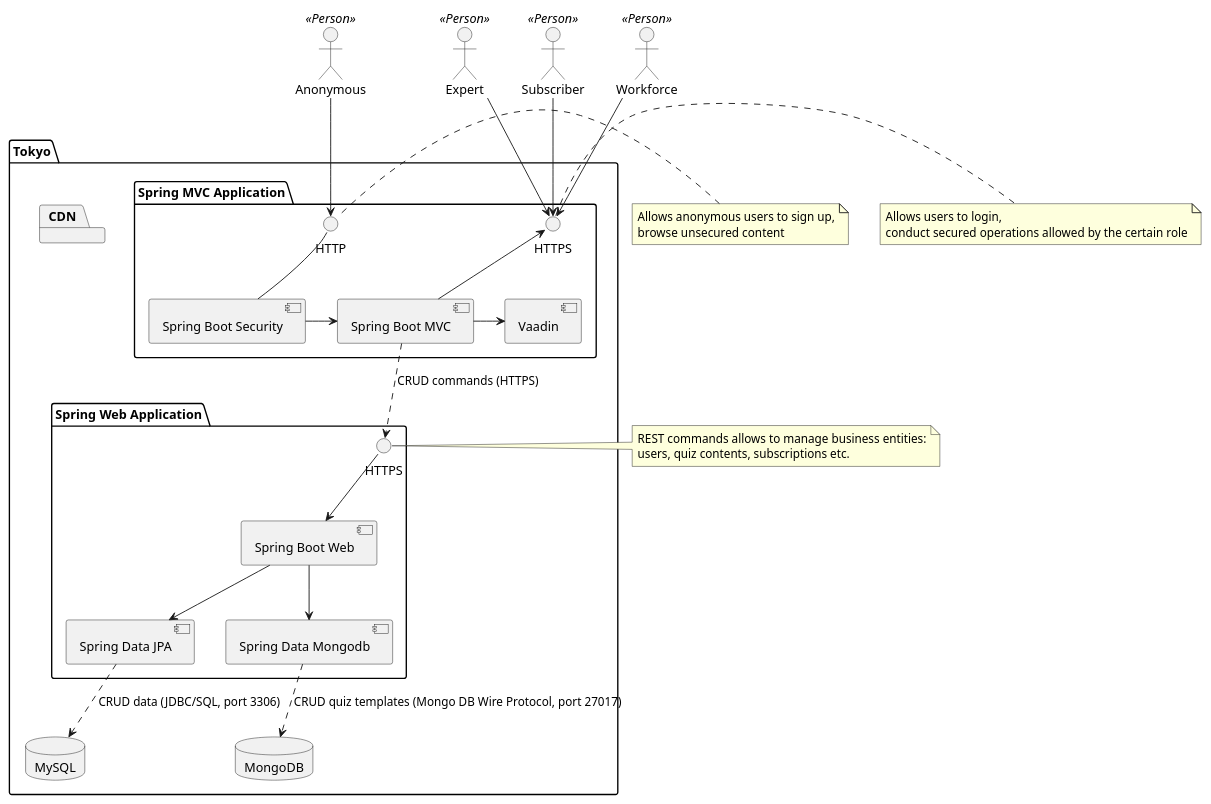
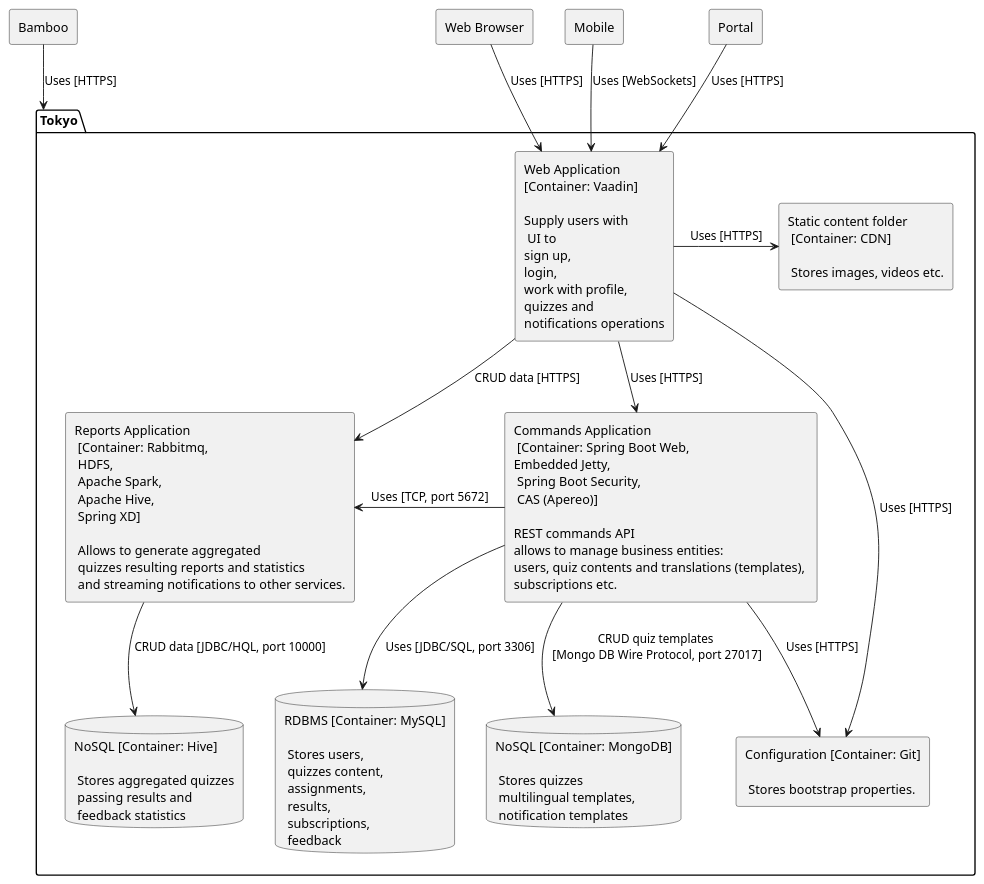
One commit to andrewkandzuba/quizco changed the third of 5 diagrams in documentation/README.md. Above: the diagram before and after it, drawn with PlantUML. The commit also changed other lines of this file, not shown here.

```diff
--- a/documentation/README.md
+++ b/documentation/README.md
@@ -174,53 +177,49 @@
 @startuml
 
-actor "Anonymous" <<Person>> as AU
-actor "Expert" <<Person>> as AEXPR
-actor "Subscriber" <<Person>> as ASUBSCR
-actor "Workforce" <<Person>> as AWF
+rectangle "Bamboo" {
+}
+rectangle "Web Browser" as WB {
+}
+rectangle "Mobile" as MB {
+}
+rectangle "Portal" as Portal {
+}
 
 folder "Tokyo" as CQS {
-    package "Spring MVC Application" {
-        interface HTTP as HTTPF
-        interface HTTPS as HTTPSF
-        HTTPF -down- [Spring Boot Security]
-        [Spring Boot Security] -right-> [Spring Boot MVC]
-        [Spring Boot MVC] -up-> HTTPSF
-        [Spring Boot MVC] -> [Vaadin] 
+    rectangle "Web Application \n[Container: Vaadin]\n\nSupply users with\n UI to \nsign up, \nlogin, \nwork with profile,\nquizzes and \nnotifications operations" as CWA {
     }
-    package "Spring Web Application" {
-        interface HTTPS as HTTPSA
-        HTTPSA -down-> [Spring Boot Web]
-        [Spring Boot Web] -down-> [Spring Data JPA]
-        [Spring Boot Web] -down-> [Spring Data Mongodb]
+    rectangle "Commands Application\n [Container: Spring Boot Web,\nEmbedded Jetty,\n Spring Boot Security,\n CAS (Apereo)]\n\nREST commands API \nallows to manage business entities:\nusers, quiz contents and translations (templates), \nsubscriptions etc." as CCAPI {
     }
-    package "CDN" {
+    rectangle "Reports Application\n [Container: Rabbitmq,\n HDFS,\n Apache Spark,\n Apache Hive,\n Spring XD]\n\n Allows to generate aggregated \n quizzes resulting reports and statistics\n and streaming notifications to other services." as CQAPI {
     }
-    database "MySQL" {
+    rectangle "Static content folder\n [Container: CDN]\n\n Stores images, videos etc." as CDN {
     }
-    database "MongoDB" {
+    database "RDBMS [Container: MySQL]\n\n Stores users,\n quizzes content,\n assignments,\n results,\n subscriptions,\n feedback" as MySQL {
+    }
+    database "NoSQL [Container: MongoDB]\n\n Stores quizzes\n multilingual templates,\n notification templates  " as MongoDB {
+    }
+    database "NoSQL [Container: Hive]\n\n Stores aggregated quizzes\n passing results and\n feedback statistics" as Hive {
+    }
+    rectangle "Configuration [Container: Git]\n\n Stores bootstrap properties." as GIT {
     }
 }
 
-AU -down-> HTTPF
-AEXPR -down-> HTTPSF
-ASUBSCR -down-> HTTPSF
-AWF -down-> HTTPSF
-[Spring Boot MVC] ..> HTTPSA : CRUD commands (HTTPS)
-[Spring Data JPA] ..> MySQL : CRUD data (JDBC/SQL, port 3306)
-[Spring Data Mongodb] ..> MongoDB : CRUD quiz templates (Mongo DB Wire Protocol, port 27017)
+Bamboo -down-> CQS: Uses [HTTPS]
+WB -down-> CWA: Uses [HTTPS]
+MB -down-> CWA: Uses [WebSockets]
+Portal -down-> CWA: Uses [HTTPS]
 
-note left of HTTPF
-    Allows anonymous users to sign up,
-    browse unsecured content
-end note
-note right of HTTPSF
-   Allows users to login,
-   conduct secured operations allowed by the certain role
-end note
-note right of HTTPSA
-   REST commands allows to manage business entities:
-   users, quiz contents, subscriptions etc.
-end note
+CWA -down-> CCAPI: Uses [HTTPS]
+CCAPI -left-> CQAPI: Uses [TCP, port 5672] 
+
+CCAPI -down-> MySQL : Uses [JDBC/SQL, port 3306]
+CCAPI -down-> MongoDB : CRUD quiz templates\n [Mongo DB Wire Protocol, port 27017]
+CWA -right-> CDN: Uses [HTTPS]
+CWA -down-> CQAPI: CRUD data [HTTPS]
+CQAPI -down-> Hive: CRUD data [JDBC/HQL, port 10000]
  
- 
+
+CWA -down-> GIT: Uses [HTTPS]
+CCAPI -down-> GIT: Uses [HTTPS]
+
 @enduml
```
